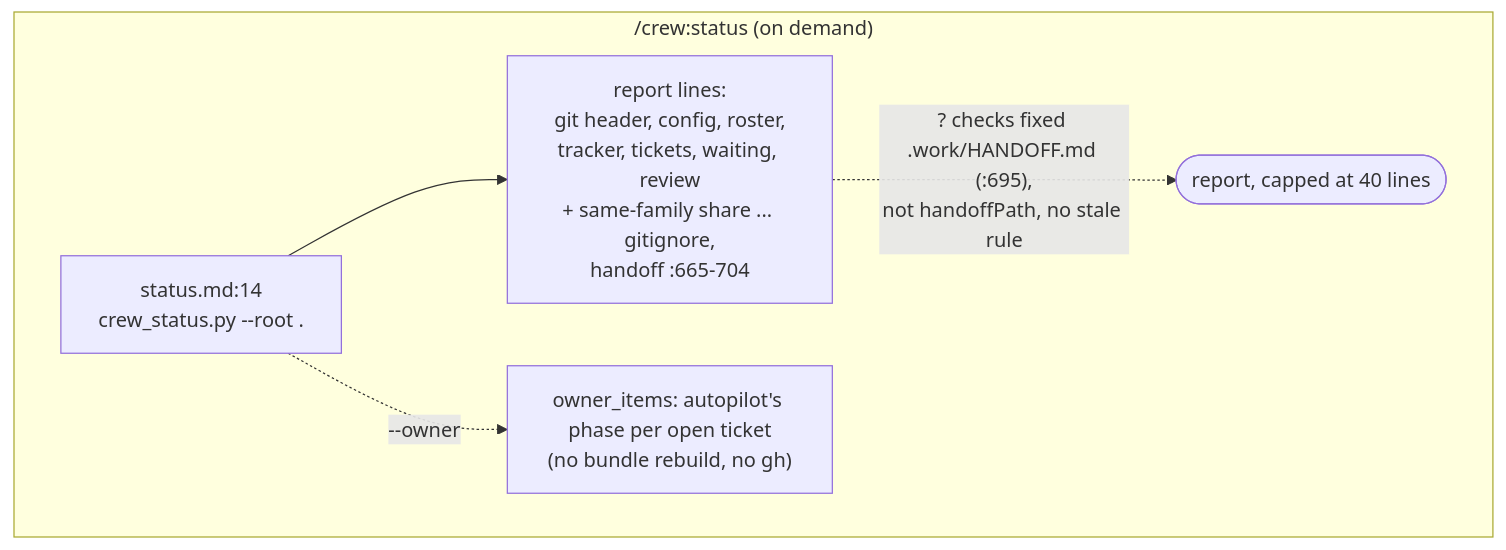
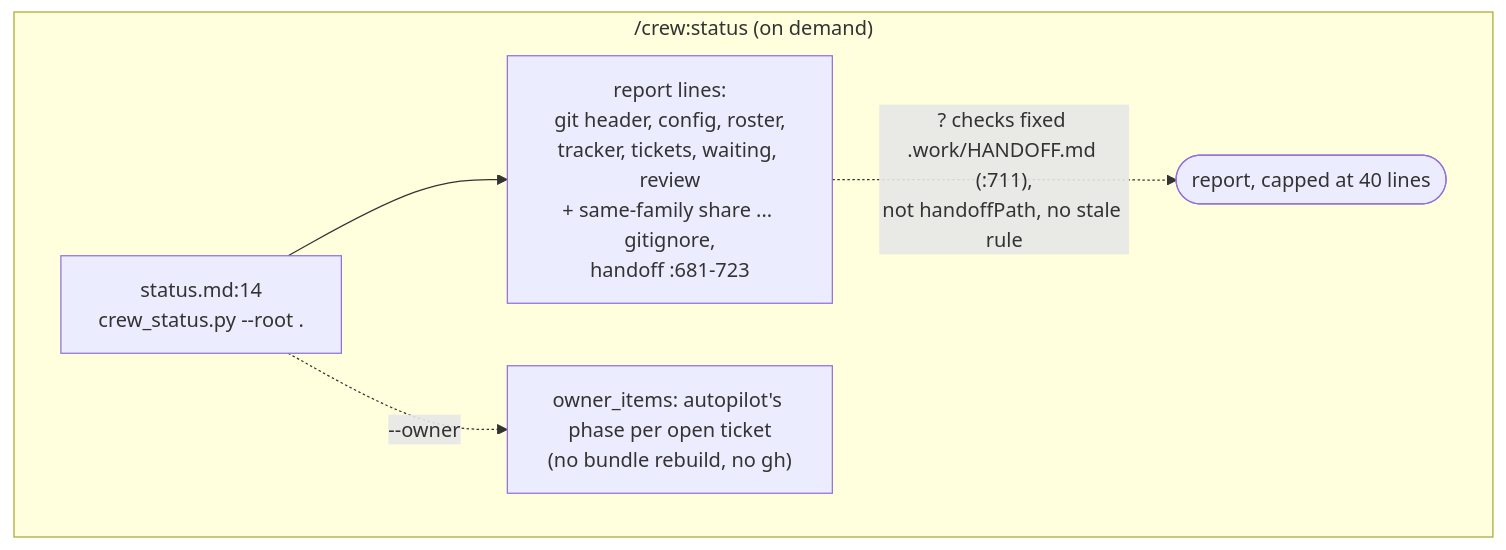
Diagram 25 of 38 in docs/diagrams/README.md (mbadali25/useful-claude-add-ons), drawn with Mermaid before and after one commit. The commit also changed other lines of this file and 29 other files, not shown here.

First line of the commit message:
L-0850: docs and artifact refresh (codemap, rules, diagrams, graph, README and SECURITY.md for the 36 to 16 hooks.json change); docs/refresh only, no code (owner waiver 2026-10-20)

````diff
--- a/docs/diagrams/README.md
+++ b/docs/diagrams/README.md
@@ -992,8 +992,8 @@
 ```mermaid
 flowchart TB
     subgraph status["/crew:status (on demand)"]
-        st1["status.md:14<br/>crew_status.py --root ."] --> st2["report lines:<br/>git header, config, roster,<br/>tracker, tickets, waiting, review<br/>+ same-family share ... gitignore,<br/>handoff :665-704"]
-        st2 -. "? checks fixed .work/HANDOFF.md (:695),<br/>not handoffPath, no stale rule" .-> st3([report, capped at 40 lines])
+        st1["status.md:14<br/>crew_status.py --root ."] --> st2["report lines:<br/>git header, config, roster,<br/>tracker, tickets, waiting, review<br/>+ same-family share ... gitignore,<br/>handoff :681-723"]
+        st2 -. "? checks fixed .work/HANDOFF.md (:711),<br/>not handoffPath, no stale rule" .-> st3([report, capped at 40 lines])
         st1 -. "--owner" .-> st4["owner_items: autopilot's phase per open ticket<br/>(no bundle rebuild, no gh)"]
     end
 ```
````
